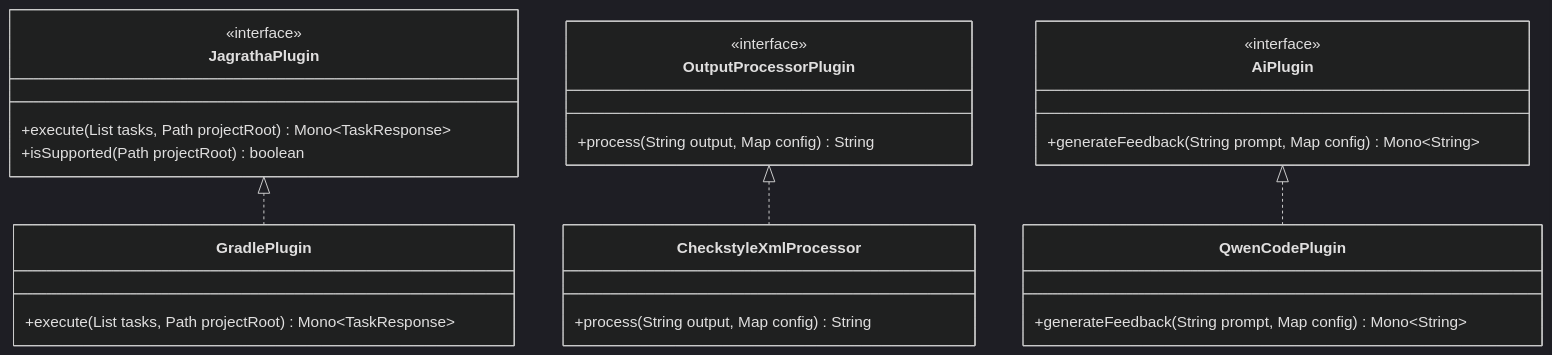
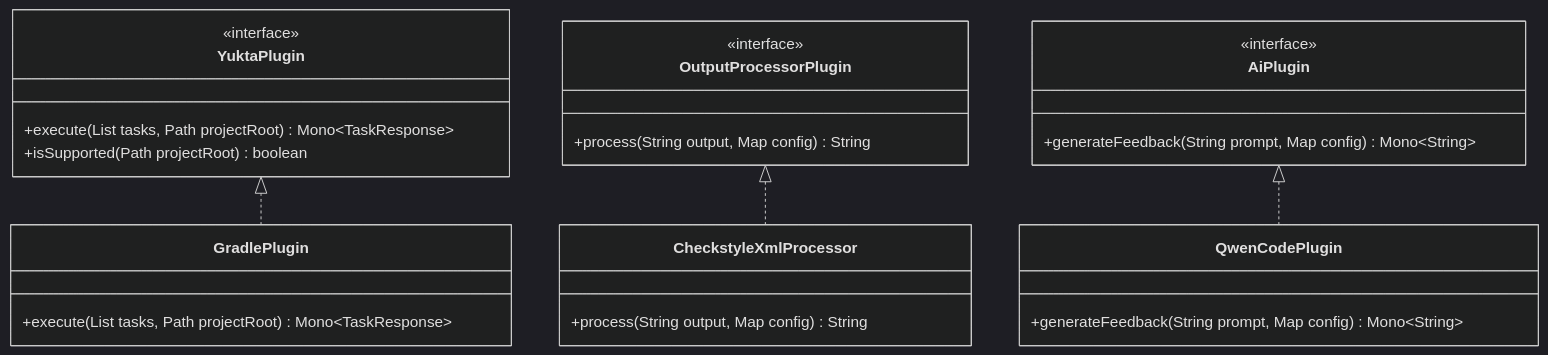
Before and after one commit to infenia/jagratha: the second of 2 diagrams in docs/architecture.md, drawn with Mermaid (dark theme). The commit also changed other lines of this file and 321 other files, not shown here.

````diff
--- a/docs/architecture.md
+++ b/docs/architecture.md
@@ -56,29 +56,29 @@
 ```mermaid
 classDiagram
-    class JagrathaPlugin {
+    class YuktaPlugin {
         <<interface>>
         +execute(List tasks, Path projectRoot) Mono~TaskResponse~
         +isSupported(Path projectRoot) boolean
     }
     class GradlePlugin {
         +execute(List tasks, Path projectRoot) Mono~TaskResponse~
     }
     class OutputProcessorPlugin {
         <<interface>>
         +process(String output, Map config) String
     }
     class CheckstyleXmlProcessor {
         +process(String output, Map config) String
     }
     class AiPlugin {
         <<interface>>
         +generateFeedback(String prompt, Map config) Mono~String~
     }
     class QwenCodePlugin {
         +generateFeedback(String prompt, Map config) Mono~String~
     }
 
-    JagrathaPlugin <|.. GradlePlugin
+    YuktaPlugin <|.. GradlePlugin
     OutputProcessorPlugin <|.. CheckstyleXmlProcessor
     AiPlugin <|.. QwenCodePlugin
 ```
````
